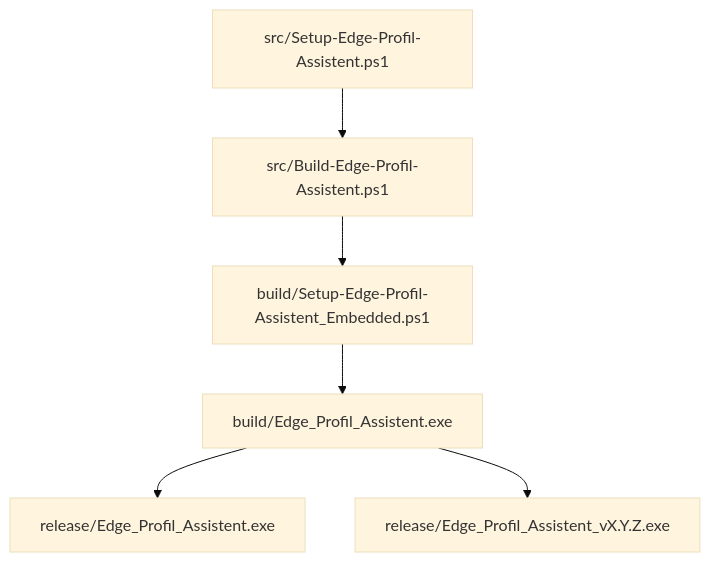
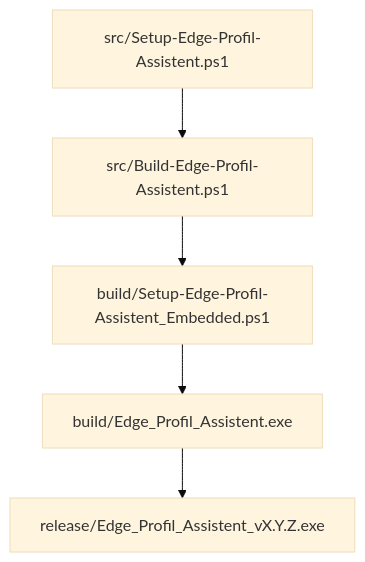
The diagram in docs/DOKUMENTATION_TECHNIK.md (GoroTech-Tools/Edge-Profil-Assistent), drawn with Mermaid (base theme) before and after one commit. The commit also changed other lines of this file and 26 other files, not shown here.

````diff
--- a/docs/DOKUMENTATION_TECHNIK.md
+++ b/docs/DOKUMENTATION_TECHNIK.md
@@ -18,8 +18,7 @@
 ```mermaid
 flowchart TD
   A[src/Setup-Edge-Profil-Assistent.ps1] --> B[src/Build-Edge-Profil-Assistent.ps1]
   B --> C[build/Setup-Edge-Profil-Assistent_Embedded.ps1]
   C --> D[build/Edge_Profil_Assistent.exe]
-  D --> E[release/Edge_Profil_Assistent.exe]
-  D --> F[release/Edge_Profil_Assistent_vX.Y.Z.exe]
+  D --> E[release/Edge_Profil_Assistent_vX.Y.Z.exe]
 ```
````
